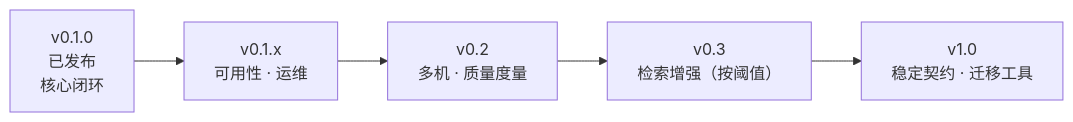
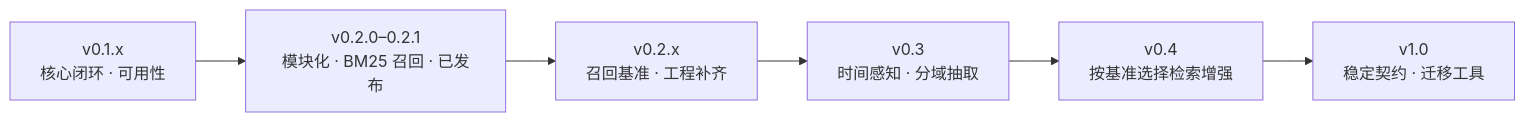
The diagram in docs/roadmap.md (robert-zz/pi-living-memory), drawn with Mermaid before and after one commit. The commit also changed other lines of this file and 8 other files, not shown here.

````diff
--- a/docs/roadmap.md
+++ b/docs/roadmap.md
@@ -5,7 +7,8 @@
 ```mermaid
 flowchart LR
-  V010["v0.1.0<br/>已发布<br/>核心闭环"] --> V011["v0.1.x<br/>可用性 · 运维"]
-  V011 --> V020["v0.2<br/>多机 · 质量度量"]
-  V020 --> V030["v0.3<br/>检索增强（按阈值）"]
-  V030 --> V100["v1.0<br/>稳定契约 · 迁移工具"]
+  V010["v0.1.x<br/>核心闭环 · 可用性"] --> V020["v0.2.0–0.2.1<br/>模块化 · BM25 召回 · 已发布"]
+  V020 --> V02X["v0.2.x<br/>召回基准 · 工程补齐"]
+  V02X --> V030["v0.3<br/>时间感知 · 分域抽取"]
+  V030 --> V040["v0.4<br/>按基准选择检索增强"]
+  V040 --> V100["v1.0<br/>稳定契约 · 迁移工具"]
 ```
````
